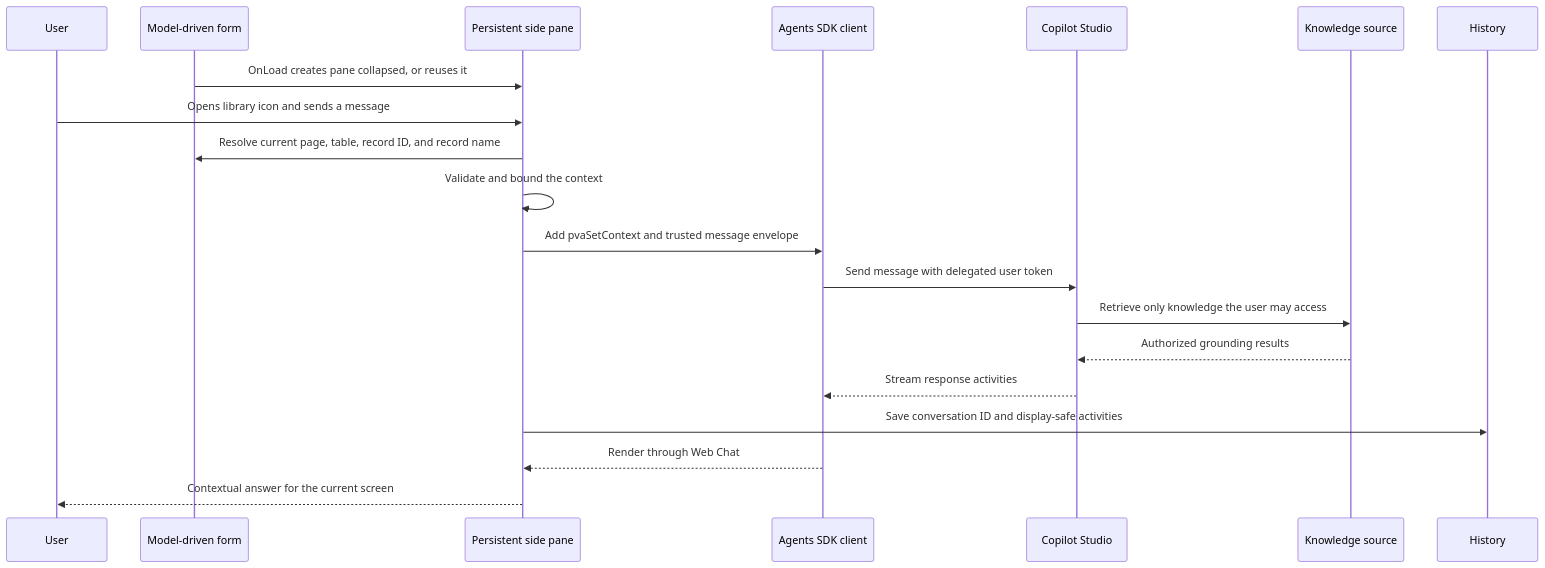
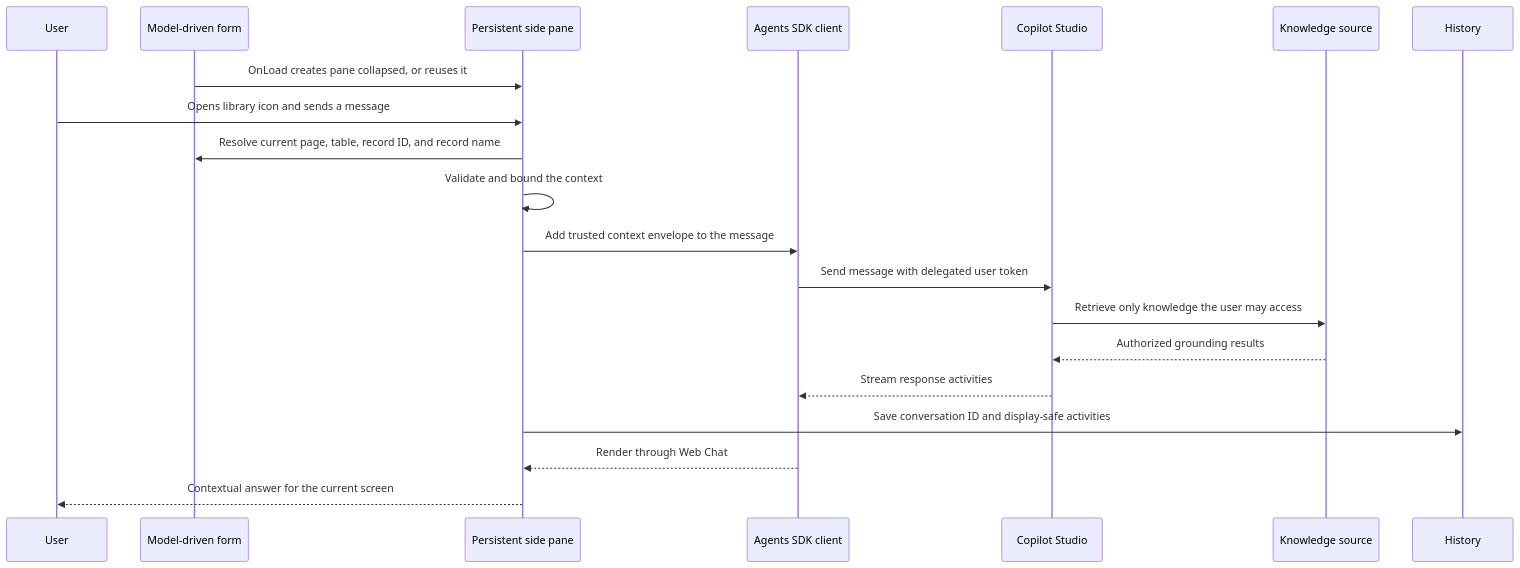
The second of 2 diagrams in README.md (martycarreras-psnl/CopilotStudioAgentMDA), drawn with Mermaid before and after one commit. The commit also changed other lines of this file and 9 other files, not shown here.

````diff
--- a/README.md
+++ b/README.md
@@ -92,22 +92,22 @@
 ```mermaid
 sequenceDiagram
 	participant U as User
 	participant F as Model-driven form
 	participant P as Persistent side pane
 	participant A as Agents SDK client
 	participant C as Copilot Studio
 	participant K as Knowledge source
 
 	F->>P: OnLoad creates pane collapsed, or reuses it
 	U->>P: Opens library icon and sends a message
 	P->>F: Resolve current page, table, record ID, and record name
 	P->>P: Validate and bound the context
-	P->>A: Add pvaSetContext and trusted message envelope
+	P->>A: Add trusted context envelope to the message
 	A->>C: Send message with delegated user token
 	C->>K: Retrieve only knowledge the user may access
 	K-->>C: Authorized grounding results
 	C-->>A: Stream response activities
 	P->>History: Save conversation ID and display-safe activities
 	A-->>P: Render through Web Chat
 	P-->>U: Contextual answer for the current screen
 ```
````
